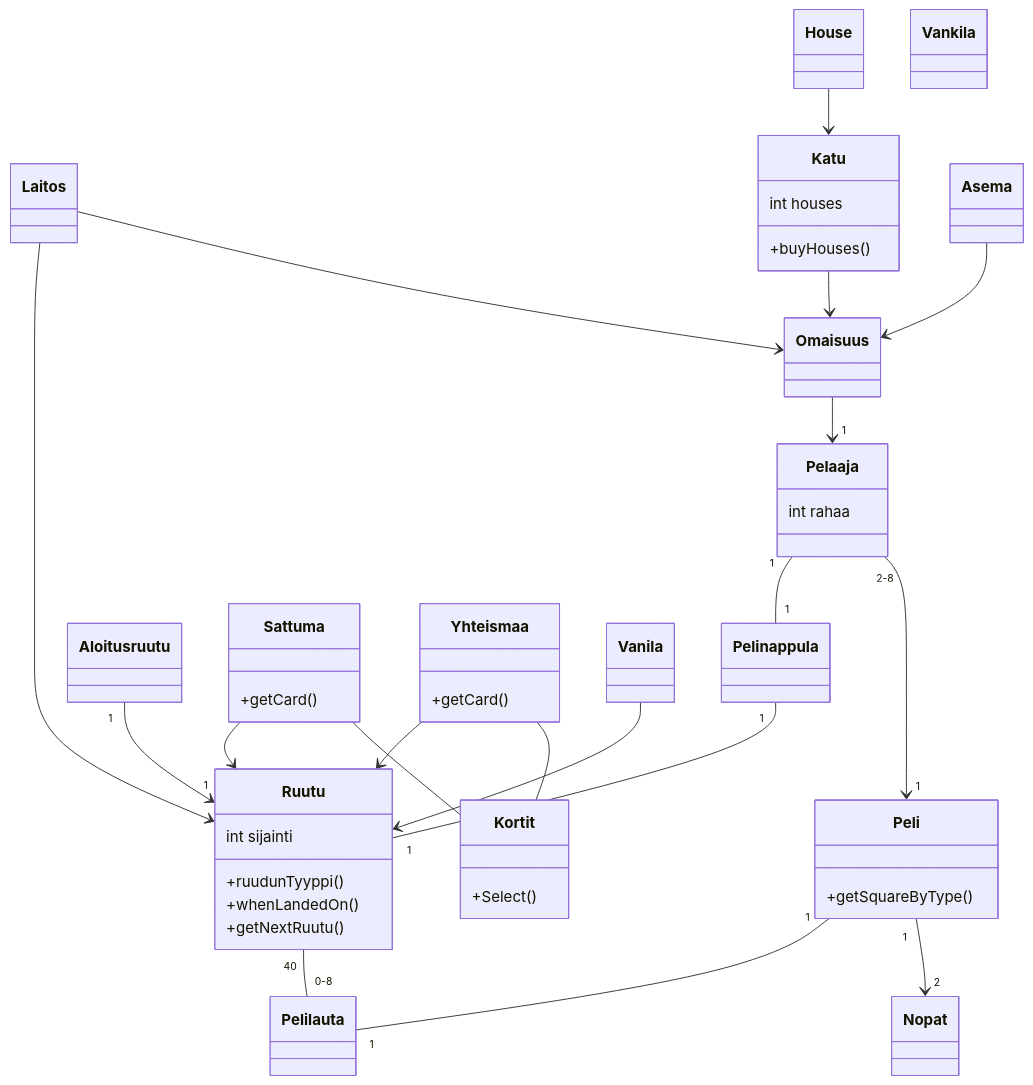
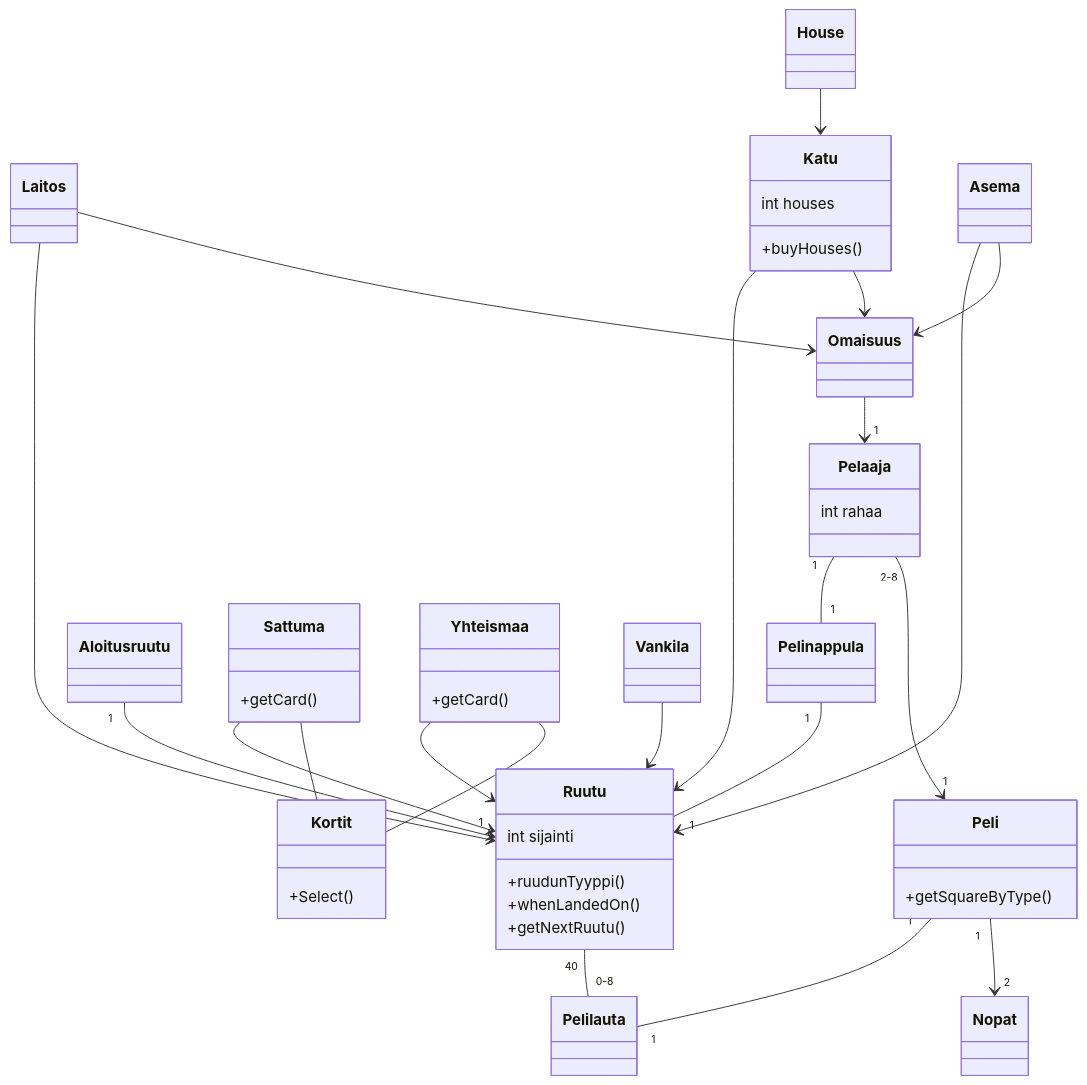
Before and after one commit to erz64/ot-harjoitustyo: the diagram in laskarit/viikko3/monopoli.md, drawn with Mermaid.

Commit message:
muutos monopoli.md

````diff
--- a/laskarit/viikko3/monopoli.md
+++ b/laskarit/viikko3/monopoli.md
@@ -1,79 +1,81 @@
 ```mermaid
     classDiagram
         Pelaaja "1" -- "1" Pelinappula
         Ruutu "40" -- "0-8" Pelilauta 
         Pelinappula "1" -- "1" Ruutu
         Pelaaja "2-8" --> "1" Peli
         Peli "1" -- "1" Pelilauta
         Peli "1" --> "2" Nopat
         Aloitusruutu "1" --> "1" Ruutu
         Laitos --> Ruutu
         Sattuma --> Ruutu
         Yhteismaa --> Ruutu
-        Vanila --> Ruutu
+        Vankila --> Ruutu
+        Katu --> Ruutu
+        Asema --> Ruutu
         Sattuma -- Kortit
         Yhteismaa -- Kortit
         Katu --> Omaisuus
         Laitos --> Omaisuus
         Asema --> Omaisuus
         House --> Katu
         Omaisuus --> "1" Pelaaja
         
 
 
         class Peli{
             +getSquareByType()
         }
         class Nopat{
             
         }
         class Pelaaja{
             int rahaa
         }
         class Pelinappula{
 
         }
         class Pelilauta{
             
         }
         class Ruutu{
             int sijainti
             +ruudunTyyppi()
             +whenLandedOn()
             +getNextRuutu()
         }
         class Aloitusruutu{
 
         }
         class Laitos{
 
         }
         class Vankila{
 
         }
         class Katu{
             int houses
             +buyHouses()
         }
         class Asema{
 
         }
         class House{
 
         }
         class Sattuma{
             +getCard()
         }
         class Yhteismaa{
             +getCard()
         }
 
         class Kortit{
             +Select()
         }
         
         class Omaisuus{
 
         }
 
 ```     
````
